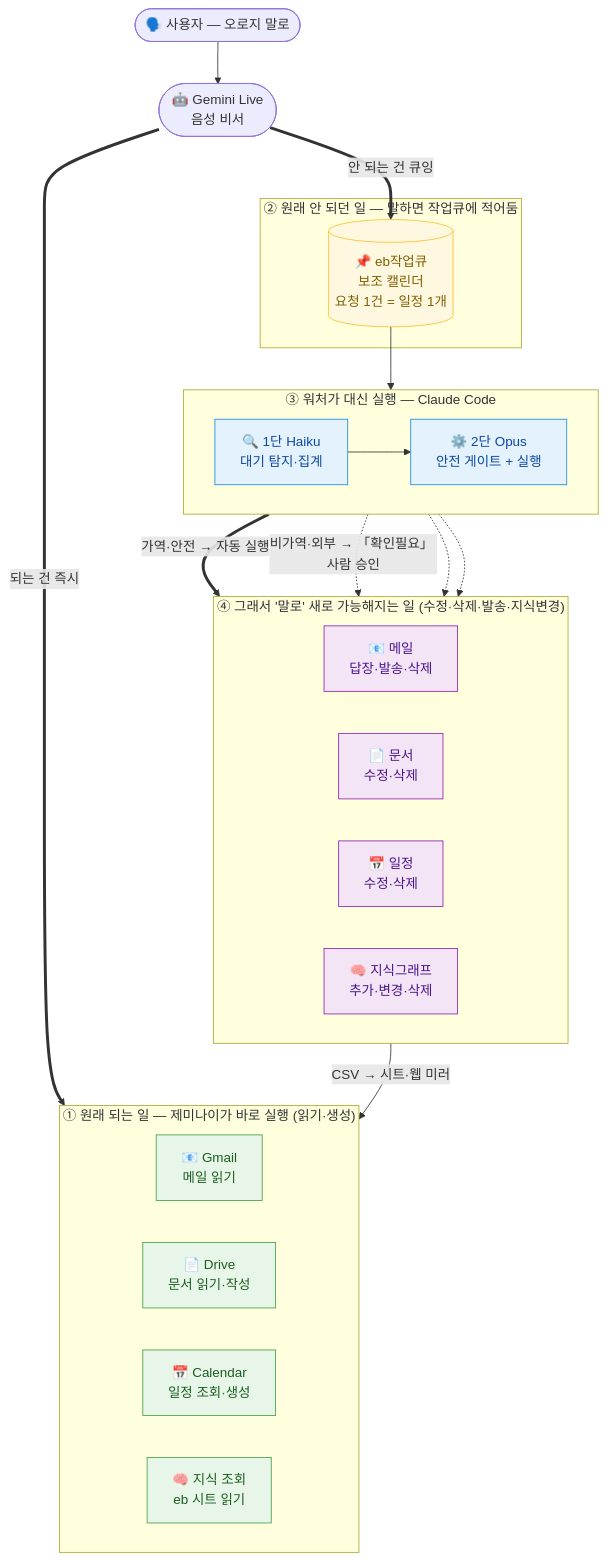
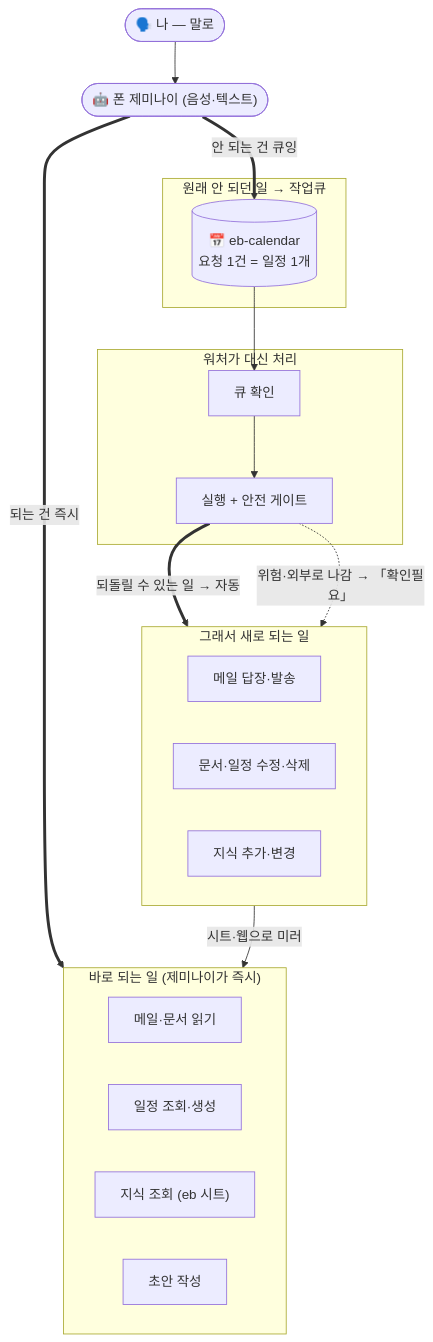
Before and after one commit to jhs512/eb: the diagram in README.md, drawn with Mermaid. The commit also changed other lines of this file and 4 other files, not shown here.

````diff
--- a/README.md
+++ b/README.md
@@ -51,48 +26,24 @@
 ```mermaid
 flowchart TB
-  U(["🗣️ 사용자 — 오로지 말로"])
-  U --> GL(["🤖 Gemini Live<br/>음성 비서"])
-
-  subgraph S1["① 원래 되는 일 — 제미나이가 바로 실행 (읽기·생성)"]
+  U(["🗣️ 나 — 말로"]) --> G(["🤖 폰 제미나이 (음성·텍스트)"])
+  subgraph S1["바로 되는 일 (제미나이가 즉시)"]
     direction LR
-    N1["📧 Gmail<br/>메일 읽기"]
-    N2["📄 Drive<br/>문서 읽기·작성"]
-    N3["📅 Calendar<br/>일정 조회·생성"]
-    N4["🧠 지식 조회<br/>eb 시트 읽기"]
+    N1["메일·문서 읽기"]; N2["일정 조회·생성"]; N3["지식 조회 (eb 시트)"]; N4["초안 작성"]
   end
-
-  subgraph S2["② 원래 안 되던 일 — 말하면 작업큐에 적어둠"]
-    Q[("📌 eb작업큐<br/>보조 캘린더<br/>요청 1건 = 일정 1개")]
+  subgraph S2["원래 안 되던 일 → 작업큐"]
+    Q[("📅 eb-calendar<br/>요청 1건 = 일정 1개")]
   end
-
-  subgraph S3["③ 워처가 대신 실행 — Claude Code"]
+  subgraph S3["워처가 대신 처리"]
+    W1["큐 확인"] --> W2["실행 + 안전 게이트"]
+  end
+  subgraph S4["그래서 새로 되는 일"]
     direction LR
-    W1["🔍 1단 Haiku<br/>대기 탐지·집계"] --> W2["⚙️ 2단 Opus<br/>안전 게이트 + 실행"]
+    E1["메일 답장·발송"]; E2["문서·일정 수정·삭제"]; E3["지식 추가·변경"]
   end
-
-  subgraph S4["④ 그래서 '말로' 새로 가능해지는 일 (수정·삭제·발송·지식변경)"]
-    direction LR
-    E1["📧 메일<br/>답장·발송·삭제"]
-    E2["📄 문서<br/>수정·삭제"]
-    E3["📅 일정<br/>수정·삭제"]
-    E4["🧠 지식그래프<br/>추가·변경·삭제"]
-  end
-
-  GL ==>|"되는 건 즉시"| S1
-  GL ==>|"안 되는 건 큐잉"| Q
+  G ==>|되는 건 즉시| S1
+  G ==>|안 되는 건 큐잉| Q
   Q --> W1
-  W2 ==>|"가역·안전 → 자동 실행"| E4
-  W2 -.->|"비가역·외부 → 「확인필요」 사람 승인"| E1
-  W2 -.-> E2
-  W2 -.-> E3
-  E4 -->|"CSV → 시트·웹 미러"| N4
-
-  classDef native fill:#e8f5e9,stroke:#43a047,color:#1b5e20;
-  classDef queue fill:#fff8e1,stroke:#fbc02d,color:#7f6000;
-  classDef watch fill:#e3f2fd,stroke:#1e88e5,color:#0d47a1;
-  classDef new fill:#f3e5f5,stroke:#8e24aa,color:#4a148c;
-  class N1,N2,N3,N4 native;
-  class Q queue;
-  class W1,W2 watch;
-  class E1,E2,E3,E4 new;
+  W2 ==>|되돌릴 수 있는 일 → 자동| E3
+  W2 -.->|위험·외부로 나감 → 「확인필요」| E1
+  E3 -->|시트·웹으로 미러| N3
 ```
````
